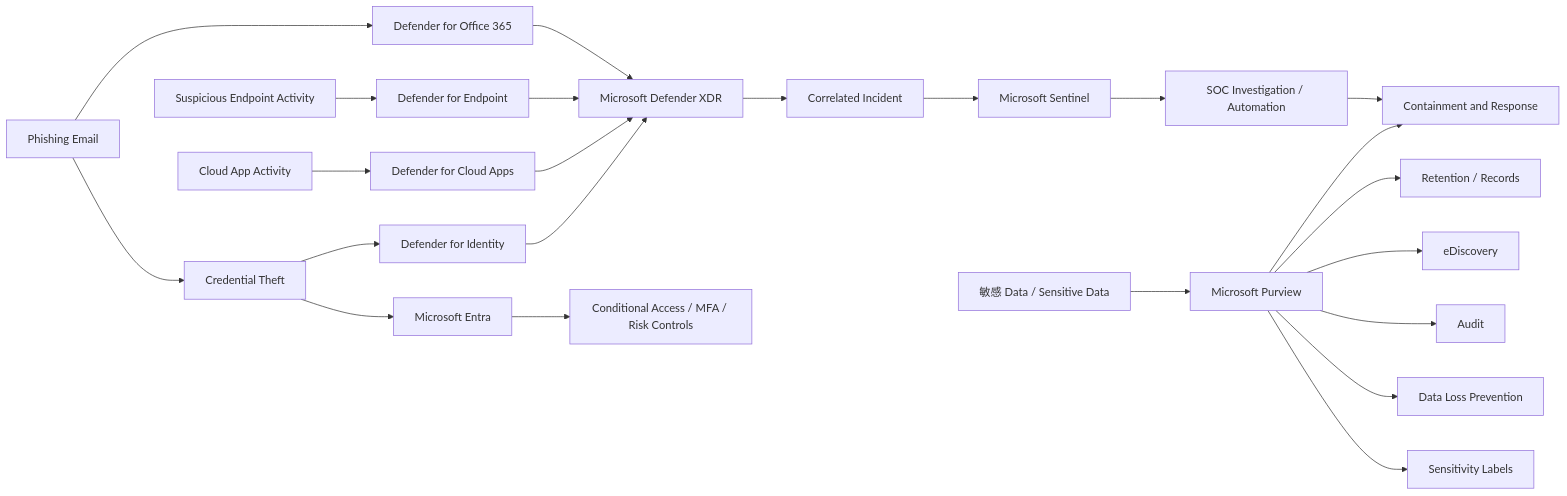
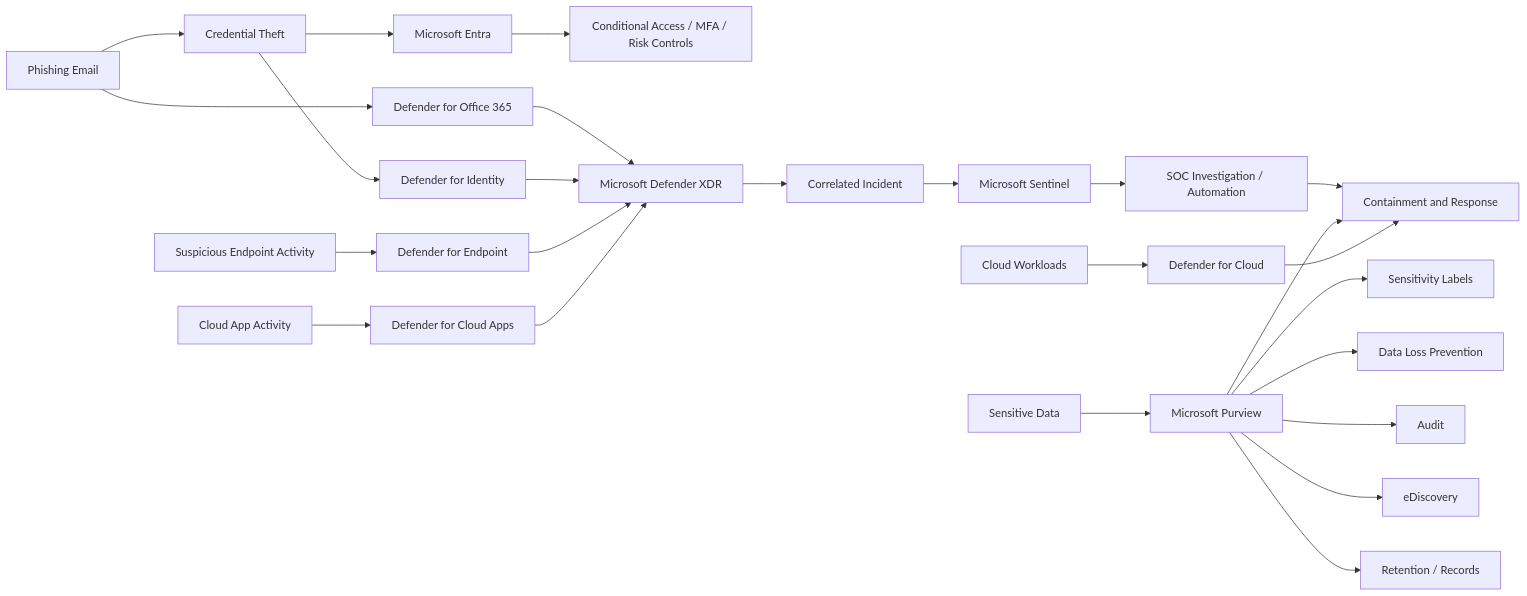
The diagram in labs/lab-12-mrtg-sc900-capstone/README.md (mattallen-it/mrtg-sc900-security-compliance-identity), drawn with Mermaid before and after one commit. The commit also changed other lines of this file, not shown here.

```diff
--- a/labs/lab-12-mrtg-sc900-capstone/README.md
+++ b/labs/lab-12-mrtg-sc900-capstone/README.md
@@ -101,30 +192,33 @@
 ~~~mermaid
 flowchart LR
     Phish[Phishing Email] --> Creds[Credential Theft]
     Creds --> Entra[Microsoft Entra]
     Entra --> CA[Conditional Access / MFA / Risk Controls]
 
     Phish --> MDO[Defender for Office 365]
     Creds --> MDI[Defender for Identity]
     Endpoint[Suspicious Endpoint Activity] --> MDE[Defender for Endpoint]
     CloudApps[Cloud App Activity] --> MDCA[Defender for Cloud Apps]
 
     MDO --> XDR[Microsoft Defender XDR]
     MDI --> XDR
     MDE --> XDR
     MDCA --> XDR
 
     XDR --> Incident[Correlated Incident]
     Incident --> Sentinel[Microsoft Sentinel]
     Sentinel --> SOC[SOC Investigation / Automation]
 
-    Sensitive[敏感 Data / Sensitive Data] --> Purview[Microsoft Purview]
+    Sensitive[Sensitive Data] --> Purview[Microsoft Purview]
     Purview --> Labels[Sensitivity Labels]
     Purview --> DLP[Data Loss Prevention]
     Purview --> Audit[Audit]
     Purview --> EDisc[eDiscovery]
     Purview --> Retention[Retention / Records]
 
+    Cloud[Cloud Workloads] --> DFC[Defender for Cloud]
+
     SOC --> Response[Containment and Response]
     Purview --> Response
+    DFC --> Response
 ~~~
```
